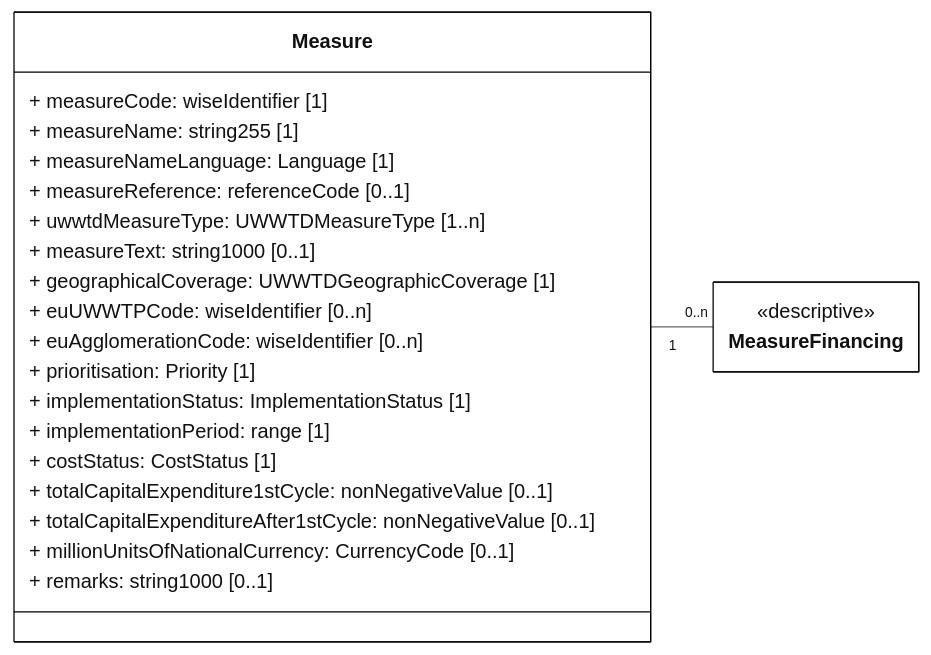
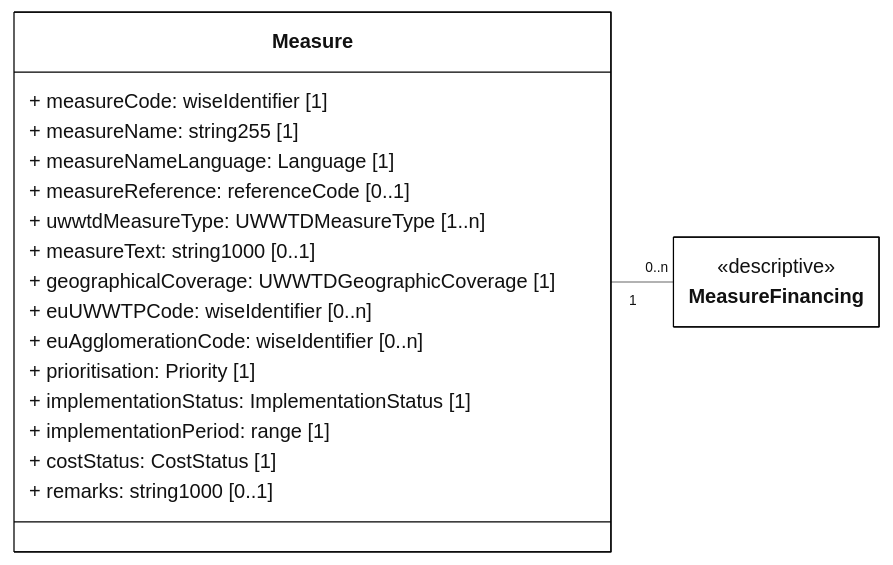
One commit to eeadata/WISE.UWWTD.Documentation changed the diagram in docs/rUWWTD2024/Article23/mmd/Article23_Measure_ClassDiagram.mmd. Above: the diagram before and after it, drawn with Mermaid. The commit also changed 17 other files, not shown here.

First line of the commit message:
Report capital expenditure per source of financing, as in the WFD

```diff
--- a/docs/rUWWTD2024/Article23/mmd/Article23_Measure_ClassDiagram.mmd
+++ b/docs/rUWWTD2024/Article23/mmd/Article23_Measure_ClassDiagram.mmd
@@ -1,37 +1,34 @@
 ---
 config:
   class:
     hideEmptyMembersBox: true
   layout: dagre
   theme: neutral
 ---
 classDiagram
 direction LR
 
 class Measure{
     + measureCode: wiseIdentifier [1]
     + measureName: string255 [1]
     + measureNameLanguage: Language [1]
     + measureReference: referenceCode [0..1]
     + uwwtdMeasureType: UWWTDMeasureType [1..n]
     + measureText: string1000 [0..1]
     + geographicalCoverage: UWWTDGeographicCoverage [1]
     + euUWWTPCode: wiseIdentifier [0..n]
     + euAgglomerationCode: wiseIdentifier [0..n]
     + prioritisation: Priority [1]
 
     + implementationStatus: ImplementationStatus [1]
     + implementationPeriod: range [1]
 
     + costStatus: CostStatus [1]
-    + totalCapitalExpenditure1stCycle: nonNegativeValue [0..1]
-    + totalCapitalExpenditureAfter1stCycle: nonNegativeValue [0..1]
-    + millionUnitsOfNationalCurrency: CurrencyCode [0..1]
     + remarks: string1000 [0..1]
 }
 class MeasureFinancing{<<descriptive>>}
 
 Measure "1" -- "0..n" MeasureFinancing
 
 classDef default fill:white,stroke:#000;
 classDef forFixing fill:white,stroke:#f00;
```
